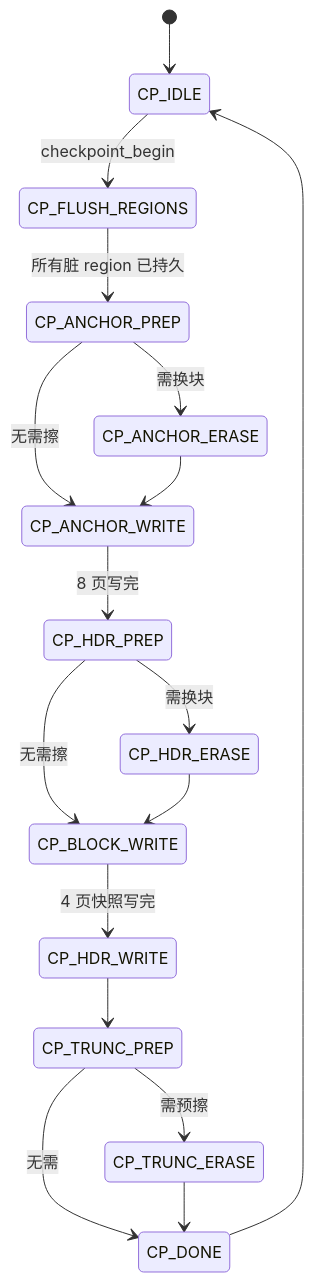
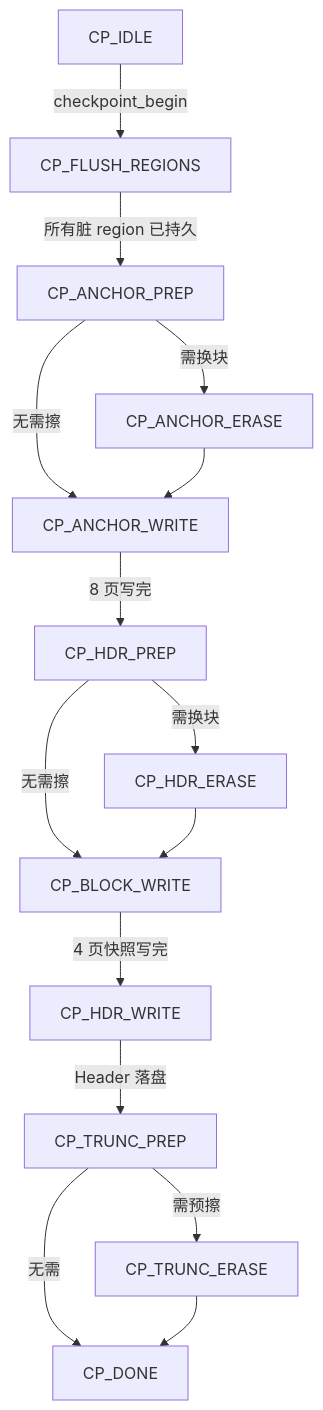
Before and after one commit to YzYMIAO/BASESSD: diagram 12 of 28 in docs/design/ftl_design.md, drawn with Mermaid. The commit also changed other lines of this file, not shown here.

First line of the commit message:
docs(ftl): 将 stateDiagram 全部改为 flowchart 并收敛标签字符集

````diff
--- a/docs/design/ftl_design.md
+++ b/docs/design/ftl_design.md
@@ -1854,19 +1873,29 @@
 ```mermaid
-stateDiagram-v2
-    [*] --> CP_IDLE
-    CP_IDLE --> CP_FLUSH_REGIONS: checkpoint_begin
-    CP_FLUSH_REGIONS --> CP_ANCHOR_PREP: 所有脏 region 已持久
-    CP_ANCHOR_PREP --> CP_ANCHOR_ERASE: 需换块
-    CP_ANCHOR_PREP --> CP_ANCHOR_WRITE: 无需擦
-    CP_ANCHOR_ERASE --> CP_ANCHOR_WRITE
-    CP_ANCHOR_WRITE --> CP_HDR_PREP: 8 页写完
-    CP_HDR_PREP --> CP_HDR_ERASE: 需换块
-    CP_HDR_PREP --> CP_BLOCK_WRITE: 无需擦
-    CP_HDR_ERASE --> CP_BLOCK_WRITE
-    CP_BLOCK_WRITE --> CP_HDR_WRITE: 4 页快照写完
-    CP_HDR_WRITE --> CP_TRUNC_PREP
-    CP_TRUNC_PREP --> CP_TRUNC_ERASE: 需预擦
-    CP_TRUNC_PREP --> CP_DONE: 无需
-    CP_TRUNC_ERASE --> CP_DONE
-    CP_DONE --> CP_IDLE
+flowchart TD
+    IDLE["CP_IDLE"]
+    FLUSH["CP_FLUSH_REGIONS"]
+    APREP["CP_ANCHOR_PREP"]
+    AERASE["CP_ANCHOR_ERASE"]
+    AWRITE["CP_ANCHOR_WRITE"]
+    HPREP["CP_HDR_PREP"]
+    HERASE["CP_HDR_ERASE"]
+    BWRITE["CP_BLOCK_WRITE"]
+    HWRITE["CP_HDR_WRITE"]
+    TPREP["CP_TRUNC_PREP"]
+    TERASE["CP_TRUNC_ERASE"]
+    DONE["CP_DONE"]
+    IDLE -- "checkpoint_begin" --> FLUSH
+    FLUSH -- "所有脏 region 已持久" --> APREP
+    APREP -- "需换块" --> AERASE
+    APREP -- "无需擦" --> AWRITE
+    AERASE --> AWRITE
+    AWRITE -- "8 页写完" --> HPREP
+    HPREP -- "需换块" --> HERASE
+    HPREP -- "无需擦" --> BWRITE
+    HERASE --> BWRITE
+    BWRITE -- "4 页快照写完" --> HWRITE
+    HWRITE -- "Header 落盘" --> TPREP
+    TPREP -- "需预擦" --> TERASE
+    TPREP -- "无需" --> DONE
+    TERASE --> DONE
 ```
````
